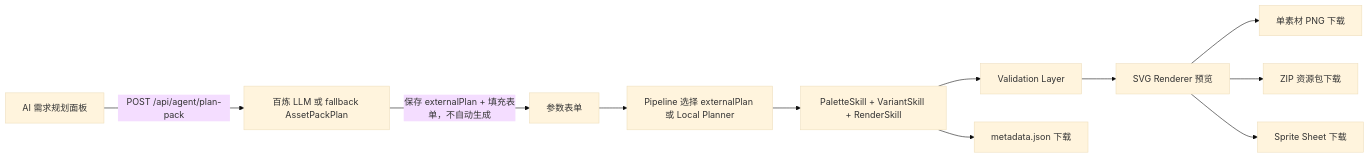
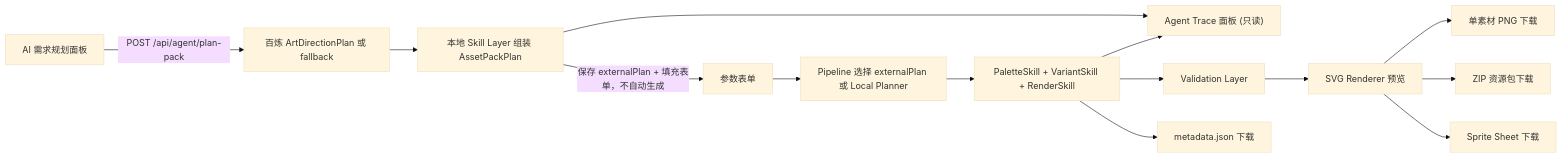
The first of 3 diagrams in docs/ARCHITECTURE.md (px-ego/game-asset-forge), drawn with Mermaid (base theme) before and after one commit. The commit also changed other lines of this file and 12 other files, not shown here.

````diff
--- a/docs/ARCHITECTURE.md
+++ b/docs/ARCHITECTURE.md
@@ -19,13 +19,16 @@
 ```mermaid
 flowchart LR
-  P["AI 需求规划面板"] -->|"POST /api/agent/plan-pack"| H["百炼 LLM 或 fallback AssetPackPlan"]
+  P["AI 需求规划面板"] -->|"POST /api/agent/plan-pack"| AD["百炼 ArtDirectionPlan 或 fallback"]
+  AD --> H["本地 Skill Layer 组装 AssetPackPlan"]
   H -->|"保存 externalPlan + 填充表单，不自动生成"| A["参数表单"]
+  H --> T["Agent Trace 面板 (只读)"]
   A --> B["Pipeline 选择 externalPlan 或 Local Planner"]
   B --> S["PaletteSkill + VariantSkill + RenderSkill"]
+  S --> T
   S --> V["Validation Layer"]
   V --> C["SVG Renderer 预览"]
   C --> D["单素材 PNG 下载"]
   S --> E["metadata.json 下载"]
   C --> F["ZIP 资源包下载"]
   C --> G["Sprite Sheet 下载"]
 ```
````
